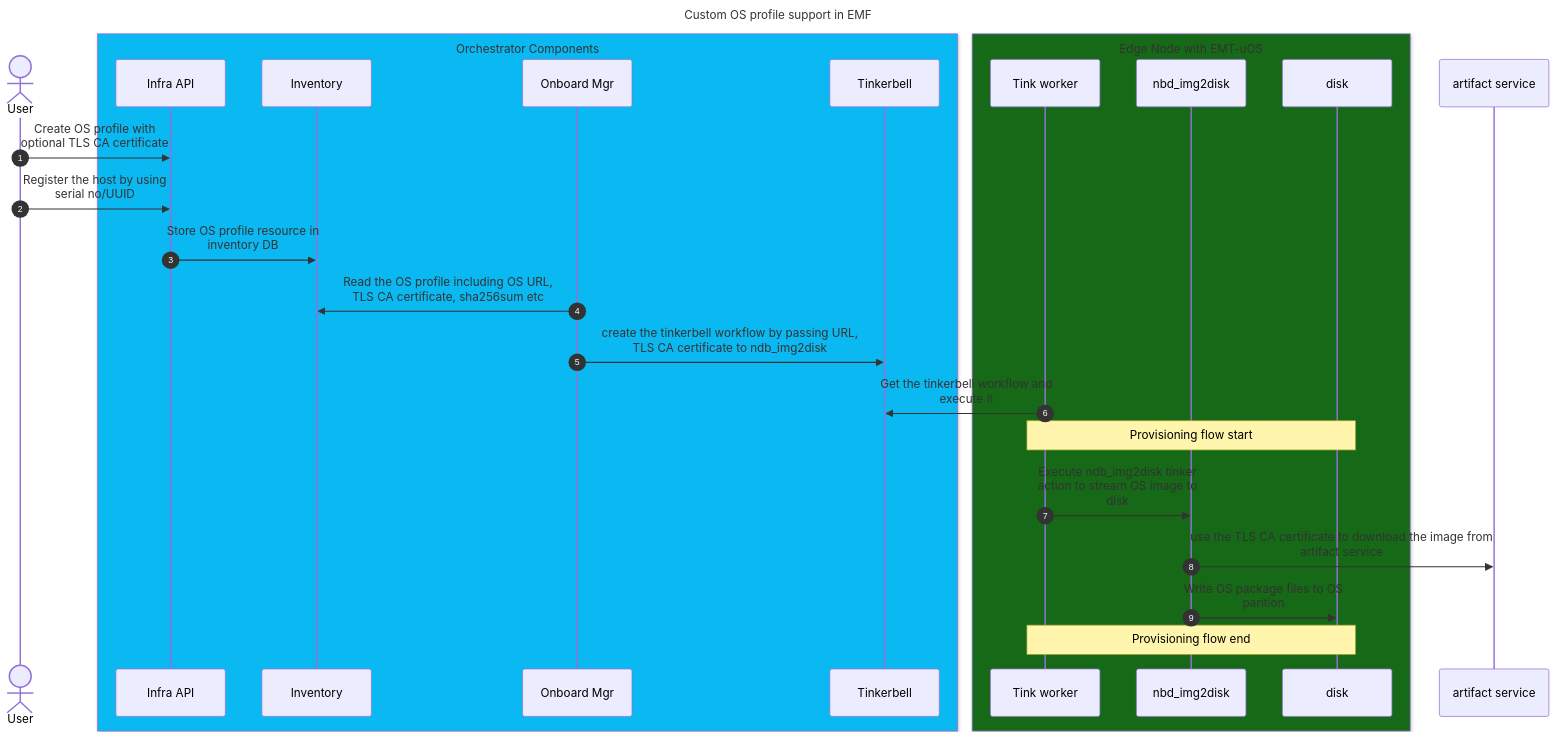
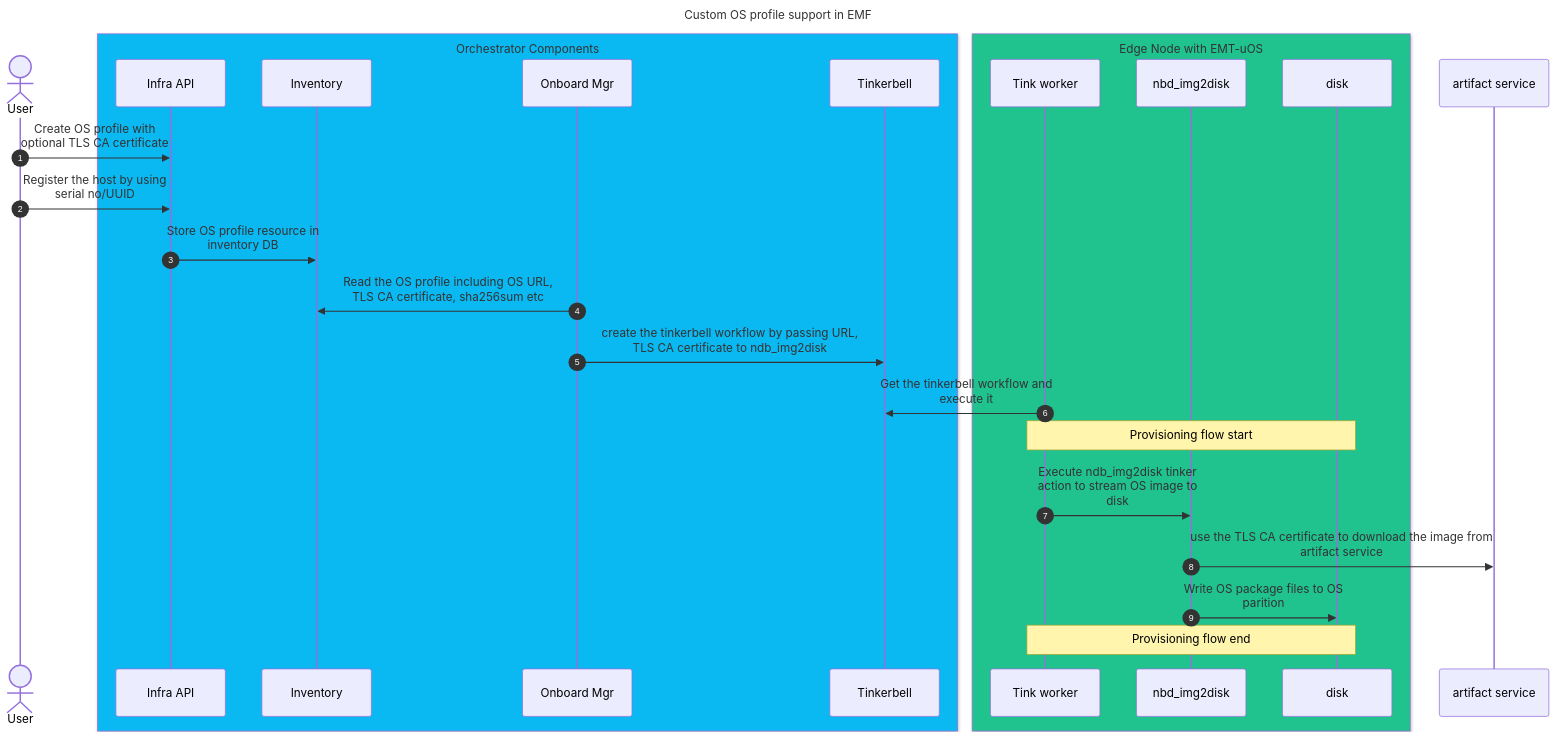
The diagram in design-proposals/eim-custom-os-profile.md (open-edge-platform/edge-manageability-framework), drawn with Mermaid before and after one commit.

Commit message:
Chnge background color

````diff
--- a/design-proposals/eim-custom-os-profile.md
+++ b/design-proposals/eim-custom-os-profile.md
@@ -29,34 +29,34 @@
 ```mermaid
 sequenceDiagram
 %%{wrap}%%
 autonumber
     title Custom OS profile support in EMF
     actor us as User
 
     box rgba(10, 184, 242, 1) Orchestrator Components
         participant api as Infra API
         participant inv as Inventory
         participant om as Onboard Mgr
         participant tb as Tinkerbell     
     end
 
-    box rgba(22, 105, 22, 1) Edge Node with EMT-uOS
+    box rgba(32, 194, 142, 1) Edge Node with EMT-uOS
         participant tw as Tink worker
         participant nbd as nbd_img2disk
         participant disk as disk
     end
 
     participant as as artifact service
     us ->> api: Create OS profile with optional TLS CA certificate
     us ->> api: Register the host by using serial no/UUID
     api ->> inv: Store OS profile resource in inventory DB
     om ->> inv: Read the OS profile including OS URL,<br/>TLS CA certificate, sha256sum etc
     om ->> tb: create the tinkerbell workflow by passing URL,<br/> TLS CA certificate to ndb_img2disk
     tw ->> tb: Get the tinkerbell workflow and execute it
     Note over tw,disk: Provisioning flow start
     tw ->> nbd: Execute ndb_img2disk tinker action to stream OS image to disk
     nbd ->> as: use the TLS CA certificate to download the image from artifact service
     nbd ->> disk: Write OS package files to OS parition
     Note over tw,disk: Provisioning flow end
 
 ```
````
